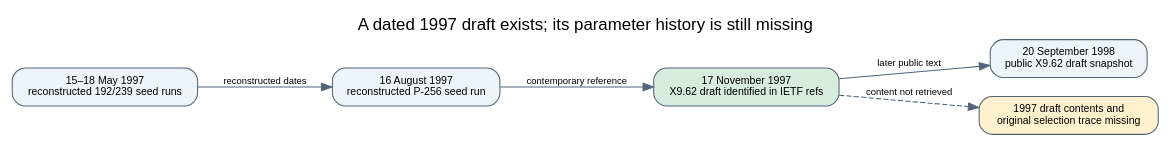
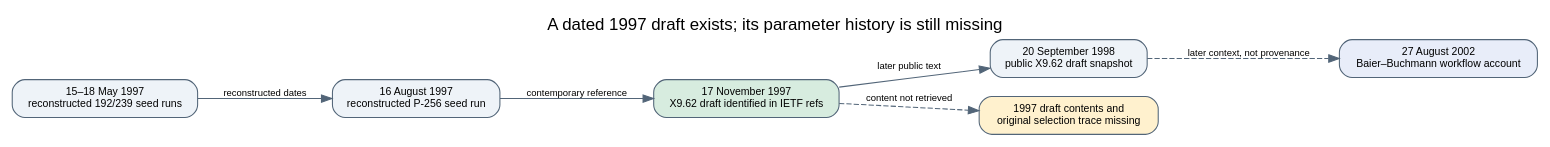
One commit to aburan28/crypto-autoresearcher changed the diagram in research/nist_seed_1997_draft_archive_20261023/timeline.dot. Above: the diagram before and after it, drawn with Graphviz. The commit also changed 5 other files, not shown here.

Commit message:
Add later point-count workflow context to NIST seed audit

```diff
--- a/research/nist_seed_1997_draft_archive_20261023/timeline.dot
+++ b/research/nist_seed_1997_draft_archive_20261023/timeline.dot
@@ -1,14 +1,16 @@
 digraph G {
   graph [rankdir=LR, bgcolor="white", fontname="Helvetica", label="A dated 1997 draft exists; its parameter history is still missing", labelloc=t, fontsize=16];
   node [shape=box, style="rounded,filled", fillcolor="#eef3f8", color="#526578", fontname="Helvetica", fontsize=10];
   edge [fontname="Helvetica", fontsize=9, color="#526578"];
   may [label="15–18 May 1997\nreconstructed 192/239 seed runs"];
   aug [label="16 August 1997\nreconstructed P-256 seed run"];
   draft [label="17 November 1997\nX9.62 draft identified in IETF refs", fillcolor="#d7ecdf"];
   final [label="20 September 1998\npublic X9.62 draft snapshot"];
+  context [label="27 August 2002\nBaier–Buchmann workflow account", fillcolor="#e8edf9"];
   missing [label="1997 draft contents and\noriginal selection trace missing", fillcolor="#fff1ce"];
   may -> aug [label="reconstructed dates"];
   aug -> draft [label="contemporary reference"];
   draft -> final [label="later public text"];
+  final -> context [style=dashed, label="later context, not provenance"];
   draft -> missing [style=dashed, label="content not retrieved"];
 }
```
